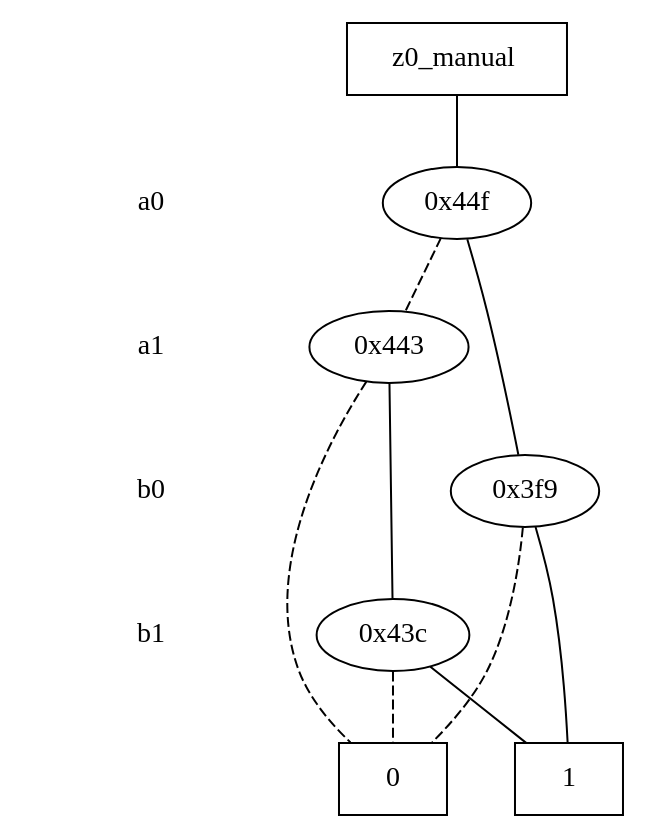
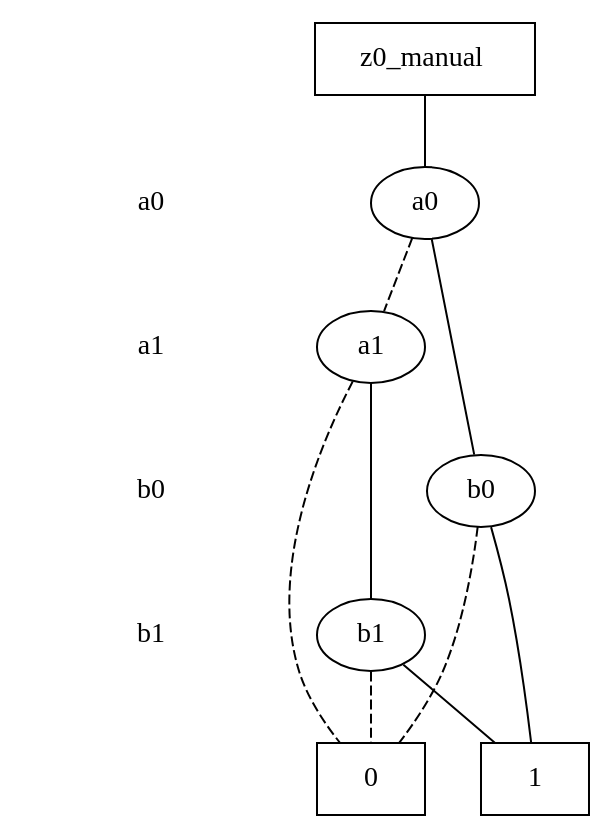
Before and after one commit to NathanNator/ECE6745_Final_Project: the diagram in zdd_plots/z0_manual_zdd.dot, drawn with Graphviz. The commit also changed 12 other files, not shown here.

```diff
--- a/zdd_plots/z0_manual_zdd.dot
+++ b/zdd_plots/z0_manual_zdd.dot
@@ -1,40 +1,40 @@
 digraph "ZDD" {
 size = "7.5,10"
 center = true;
 edge [dir = none];
 { node [shape = plaintext];
   edge [style = invis];
   "CONST NODES" [style = invis];
 " a0 " -> " a1 " -> " b0 " -> " b1 " -> "CONST NODES"; 
 }
 { rank = same; node [shape = box]; edge [style = invis];
 "  z0_manual  "; }
 { rank = same; " a0 ";
-"0x44f";
+"a0";
 }
 { rank = same; " a1 ";
-"0x443";
+"a1";
 }
 { rank = same; " b0 ";
-"0x3f9";
+"b0";
 }
 { rank = same; " b1 ";
-"0x43c";
+"b1";
 }
 { rank = same; "CONST NODES";
 { node [shape = box]; "0x1fd";
 "0x1fc";
 }
 }
-"  z0_manual  " -> "0x44f" [style = solid];
-"0x44f" -> "0x3f9";
-"0x44f" -> "0x443" [style = dashed];
-"0x443" -> "0x43c";
-"0x443" -> "0x1fd" [style = dashed];
-"0x3f9" -> "0x1fc";
-"0x3f9" -> "0x1fd" [style = dashed];
-"0x43c" -> "0x1fc";
-"0x43c" -> "0x1fd" [style = dashed];
+"  z0_manual  " -> "a0" [style = solid];
+"a0" -> "b0";
+"a0" -> "a1" [style = dashed];
+"a1" -> "b1";
+"a1" -> "0x1fd" [style = dashed];
+"b0" -> "0x1fc";
+"b0" -> "0x1fd" [style = dashed];
+"b1" -> "0x1fc";
+"b1" -> "0x1fd" [style = dashed];
 "0x1fd" [label = "0"];
 "0x1fc" [label = "1"];
 }
```
